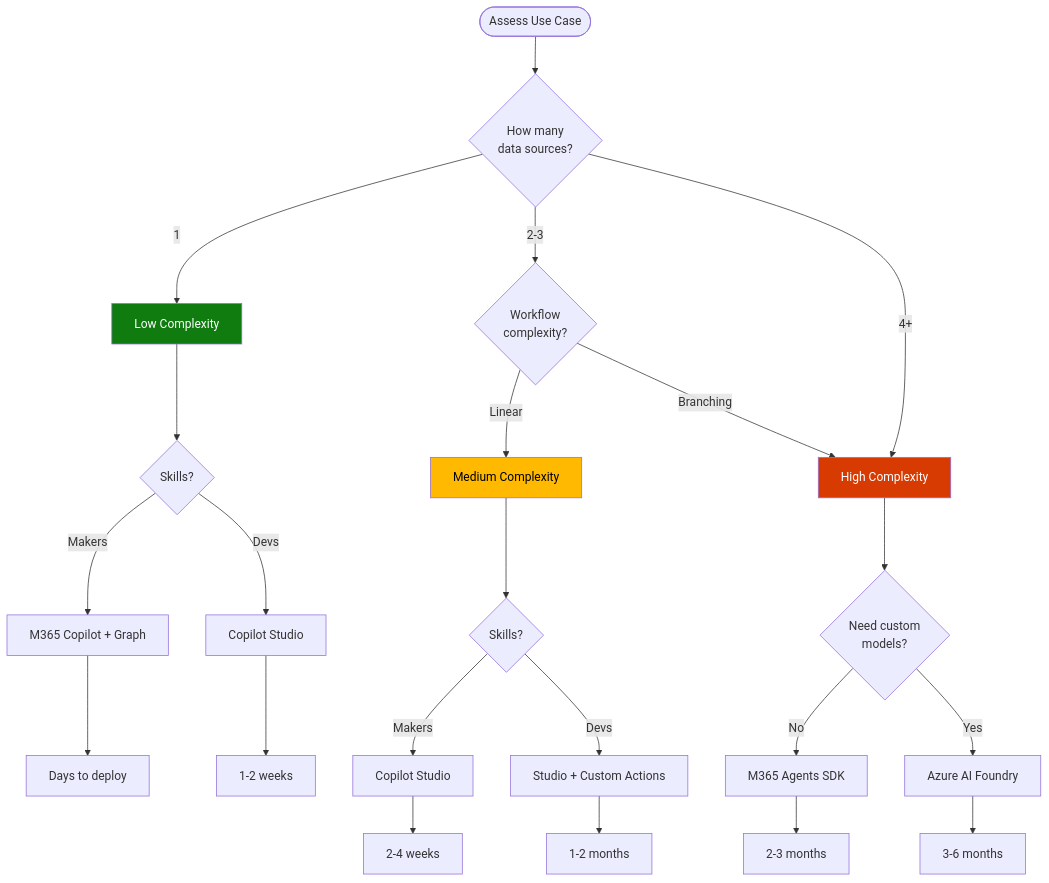
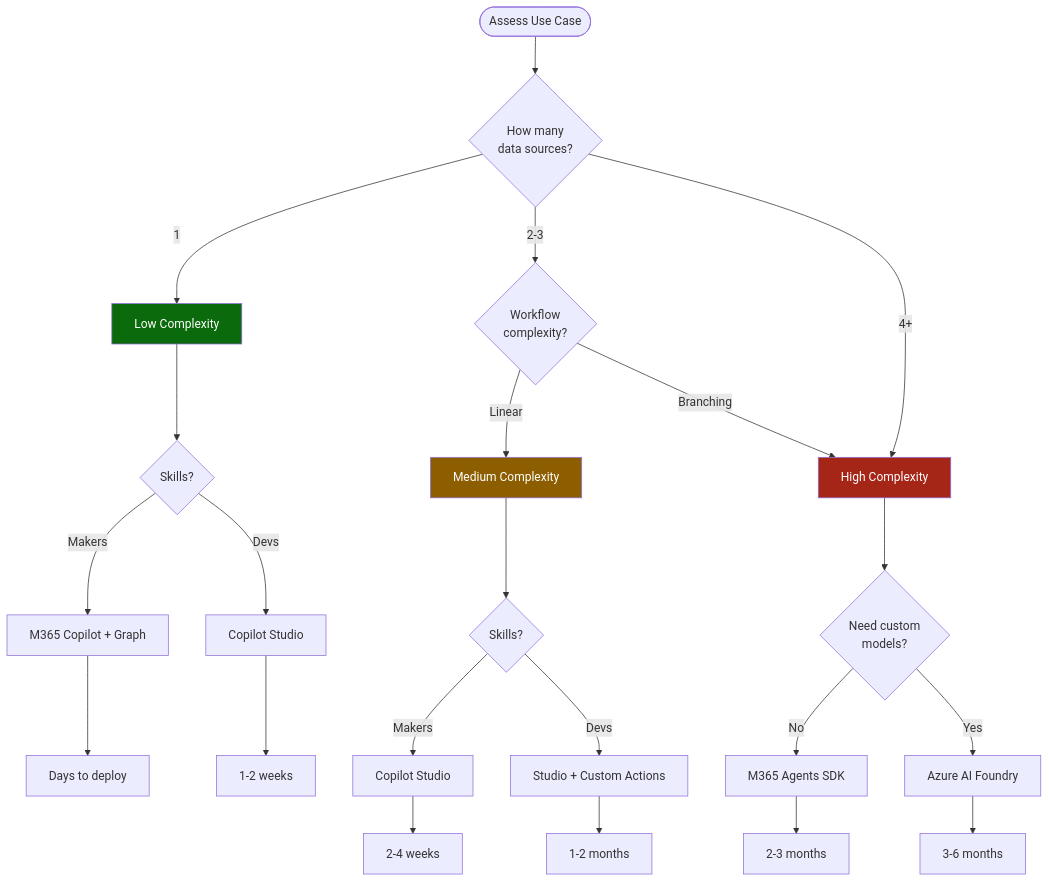
One commit to microsoft/Microsoft-AI-Decision-Framework changed the fourth of 8 diagrams in docs/visual-framework.md. Above: the diagram before and after it, drawn with Mermaid. The commit also changed other lines of this file and 11 other files, not shown here.

Commit message:
docs: refresh devcontainer guidance and mermaid palette

````diff
--- a/docs/visual-framework.md
+++ b/docs/visual-framework.md
@@ -431,34 +431,34 @@
 ```mermaid
 flowchart TD
     Start([Assess Use Case]) --> Q1{How many<br/>data sources?}
     
     Q1 -->|1| Simple
     Q1 -->|2-3| Q2{Workflow<br/>complexity?}
     Q1 -->|4+| Complex
     
     Q2 -->|Linear| Medium
     Q2 -->|Branching| Complex
     
     Simple[Low Complexity] --> S_Tech{Skills?}
     S_Tech -->|Makers| S_M365[M365 Copilot + Graph]
     S_Tech -->|Devs| S_Studio[Copilot Studio]
     
     Medium[Medium Complexity] --> M_Tech{Skills?}
     M_Tech -->|Makers| M_Studio[Copilot Studio]
     M_Tech -->|Devs| M_SDK[Studio + Custom Actions]
     
     Complex[High Complexity] --> C_Tech{Need custom<br/>models?}
     C_Tech -->|No| C_SDK[M365 Agents SDK]
     C_Tech -->|Yes| C_Foundry[Azure AI Foundry]
     
     S_M365 --> Timeline1[Days to deploy]
     S_Studio --> Timeline2[1-2 weeks]
     M_Studio --> Timeline3[2-4 weeks]
     M_SDK --> Timeline4[1-2 months]
     C_SDK --> Timeline5[2-3 months]
     C_Foundry --> Timeline6[3-6 months]
     
-    style Simple fill:#107C10,color:#fff
-    style Medium fill:#FFB900,color:#000
-    style Complex fill:#D83B01,color:#fff
+    style Simple fill:#0b6a0b,color:#fff
+    style Medium fill:#8c5e00,color:#fff
+    style Complex fill:#a52617,color:#fff
 ```
````
